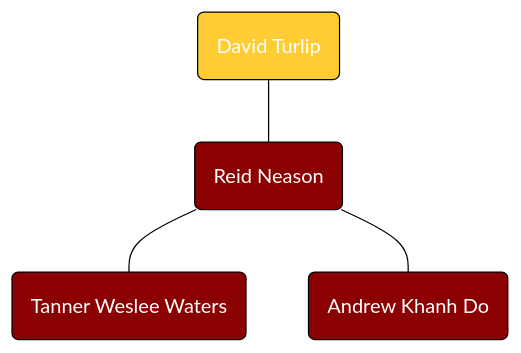
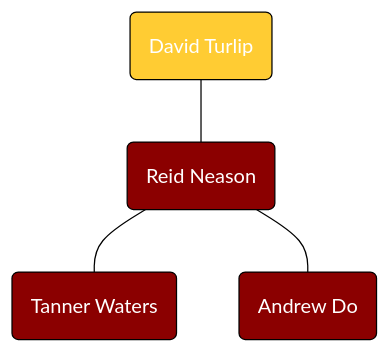
The diagram in David Turlip's Line.md (gianlezotte/familytree), drawn with Mermaid (forest theme) before and after one commit. The commit also changed 19 other files, not shown here.

````diff
--- a/David Turlip's Line.md
+++ b/David Turlip's Line.md
@@ -1,14 +1,14 @@
 ```mermaid
 flowchart TD
 
 %% Colors %%
 
-classDef blue fill:#8B0000,stroke:#000,color:#FFF
-classDef green fill:#FFCC33,stroke:#000,color:#FFF
+classDef red fill:#8B0000,stroke:#000,color:#FFF
+classDef gold fill:#FFCC33,stroke:#000,color:#FFF
 
 %% David Turlip's Line %%
-M225(David Turlip):::green---M248
-M248(Reid Neason):::blue---M276 & M297
-M276(Tanner Weslee Waters):::blue
-M297(Andrew Khanh Do):::blue
+M225(David Turlip):::gold---M248
+M248(Reid Neason):::red---M276 & M297
+M276(Tanner Waters):::red
+M297(Andrew Do):::red
 ```
````
